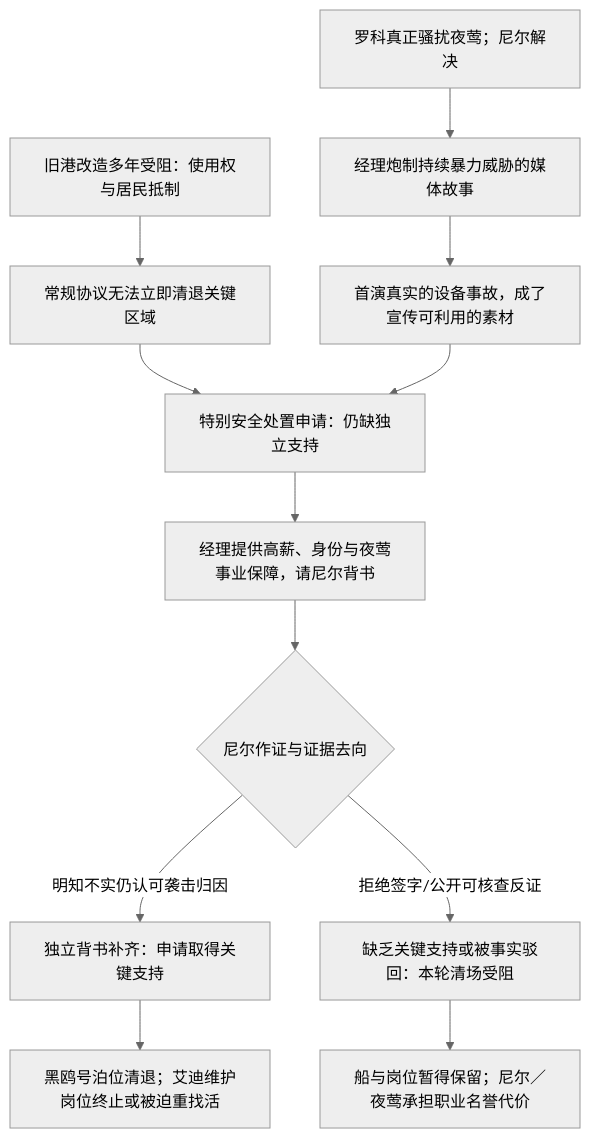
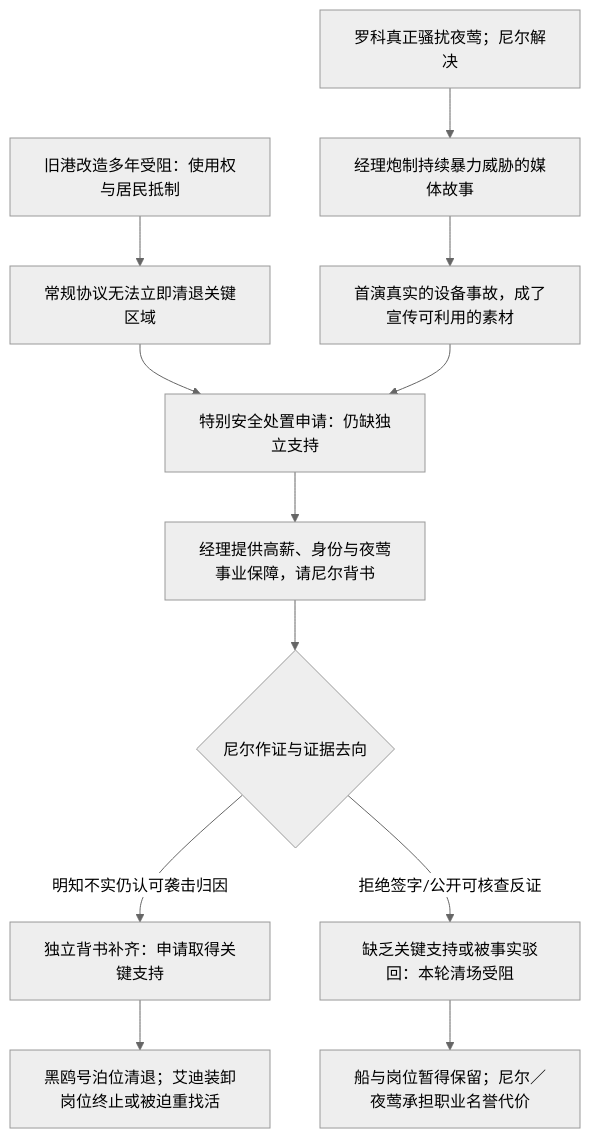
One commit to guopanqi/ssnoir changed the diagram in docs/章节/第一章/详细设计/05_最终抉择与世界后果.md. Above: the diagram before and after it, drawn with Mermaid (neutral theme). The commit also changed other lines of this file and 1454 other files, not shown here.

````diff
--- a/docs/章节/第一章/详细设计/05_最终抉择与世界后果.md
+++ b/docs/章节/第一章/详细设计/05_最终抉择与世界后果.md
@@ -29,14 +29,14 @@
 ```mermaid
 flowchart TD
     A["旧港改造多年受阻：使用权与居民抵制"] --> B["常规协议无法立即清退关键区域"]
     C["罗科真正骚扰夜莺；尼尔解决"] --> D["经理炮制持续暴力威胁的媒体故事"]
     D --> E["首演真实的设备事故，成了宣传可利用的素材"]
     B --> F["特别安全处置申请：仍缺独立支持"]
     E --> F
     F --> G["经理提供高薪、身份与夜莺事业保障，请尼尔背书"]
     G --> H{"尼尔作证与证据去向"}
     H -->|"明知不实仍认可袭击归因"| I["独立背书补齐：申请取得关键支持"]
-    I --> J["黑鸥号泊位清退；艾迪维护岗位终止或被迫重找活"]
+    I --> J["黑鸥号泊位清退；艾迪装卸岗位终止或被迫重找活"]
     H -->|"拒绝签字/公开可核查反证"| K["缺乏关键支持或被事实驳回：本轮清场受阻"]
     K --> L["船与岗位暂得保留；尼尔／夜莺承担职业名誉代价"]
 ```
````
